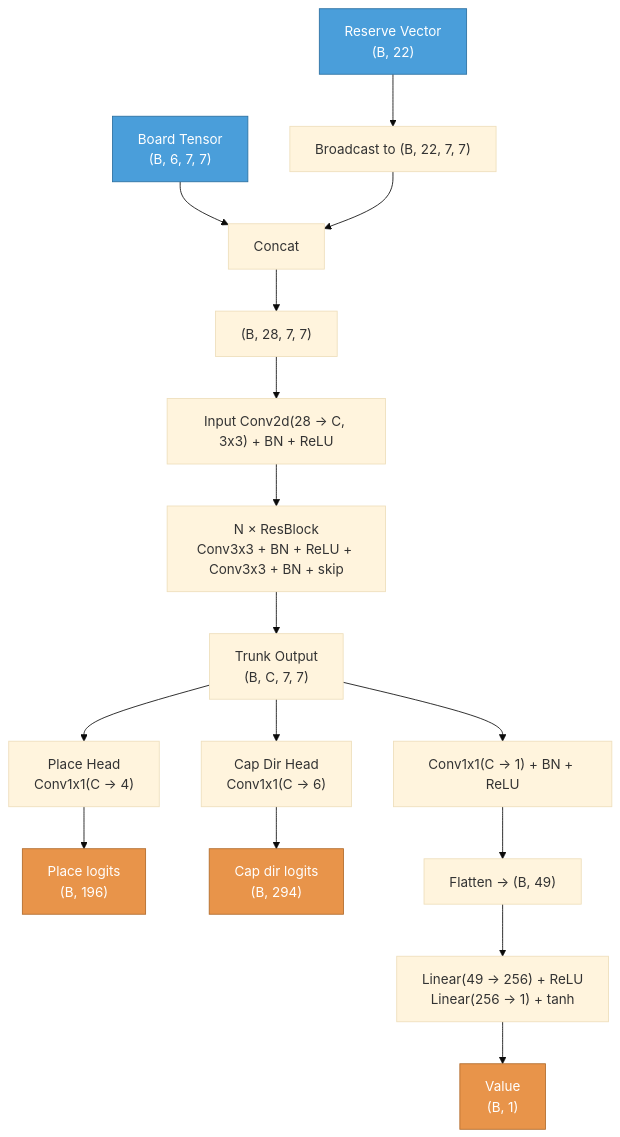
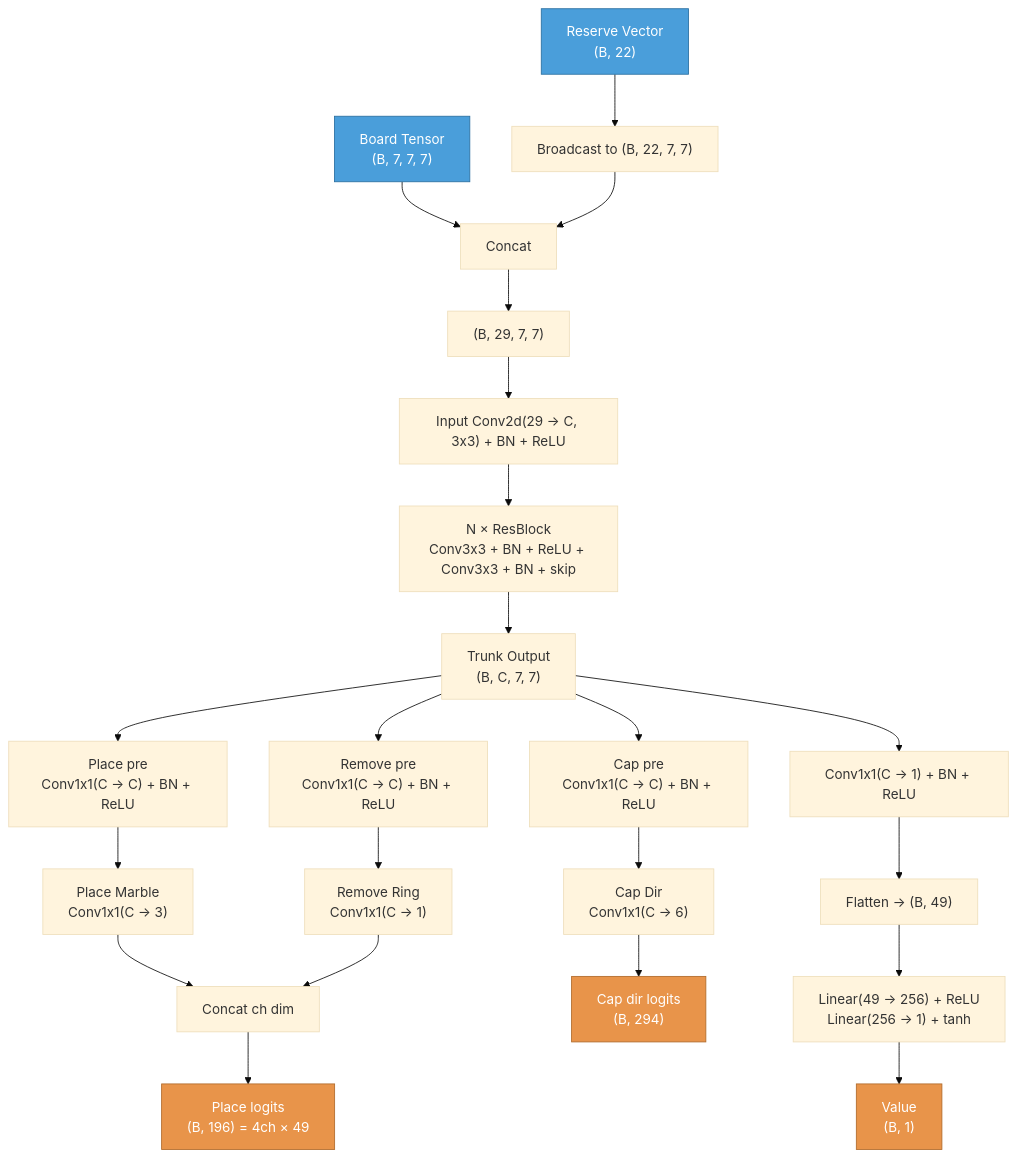
Before and after one commit to wldevries/hive-zero: the diagram in docs/zertz_model.md, drawn with Mermaid (base theme). The commit also changed other lines of this file and 1 other file, not shown here.

First line of the commit message:
Zertz: per-head pre-projection on policy heads

````diff
--- a/docs/zertz_model.md
+++ b/docs/zertz_model.md
@@ -5,25 +5,32 @@
 ```mermaid
 graph TD
-    BT["Board Tensor<br/>(B, 6, 7, 7)"]:::input --> CAT["Concat"]
+    BT["Board Tensor<br/>(B, 7, 7, 7)"]:::input --> CAT["Concat"]
     RV["Reserve Vector<br/>(B, 22)"]:::input --> BC["Broadcast to (B, 22, 7, 7)"]
     BC --> CAT
-    CAT --> INPUT["(B, 28, 7, 7)"]
+    CAT --> INPUT["(B, 29, 7, 7)"]
 
-    INPUT --> IC["Input Conv2d(28 → C, 3x3) + BN + ReLU"]
+    INPUT --> IC["Input Conv2d(29 → C, 3x3) + BN + ReLU"]
     IC --> RB["N × ResBlock<br/>Conv3x3 + BN + ReLU + Conv3x3 + BN + skip"]
     RB --> TRUNK["Trunk Output<br/>(B, C, 7, 7)"]
 
-    TRUNK --> PH_PLACE["Place Head<br/>Conv1x1(C → 4)"]
-    TRUNK --> PH_CAP["Cap Dir Head<br/>Conv1x1(C → 6)"]
+    TRUNK --> PLACE_PRE["Place pre<br/>Conv1x1(C → C) + BN + ReLU"]
+    TRUNK --> REMOVE_PRE["Remove pre<br/>Conv1x1(C → C) + BN + ReLU"]
+    TRUNK --> CAP_PRE["Cap pre<br/>Conv1x1(C → C) + BN + ReLU"]
 
-    PH_PLACE --> PO_PLACE["Place logits<br/>(B, 196)"]:::output
+    PLACE_PRE --> PH_PLACE_M["Place Marble<br/>Conv1x1(C → 3)"]
+    REMOVE_PRE --> PH_REMOVE["Remove Ring<br/>Conv1x1(C → 1)"]
+    CAP_PRE --> PH_CAP["Cap Dir<br/>Conv1x1(C → 6)"]
+
+    PH_PLACE_M --> PCAT["Concat ch dim"]
+    PH_REMOVE --> PCAT
+    PCAT --> PO_PLACE["Place logits<br/>(B, 196) = 4ch × 49"]:::output
     PH_CAP --> PO_CAP["Cap dir logits<br/>(B, 294)"]:::output
 
     TRUNK --> VC["Conv1x1(C → 1) + BN + ReLU"]
     VC --> VF["Flatten → (B, 49)"]
     VF --> VFC["Linear(49 → 256) + ReLU<br/>Linear(256 → 1) + tanh"]
     VFC --> VOUT["Value<br/>(B, 1)"]:::output
 
     classDef input fill:#4a9eda,stroke:#2a6fa0,color:#fff
     classDef output fill:#e8944a,stroke:#b06a2a,color:#fff
 ```
````
